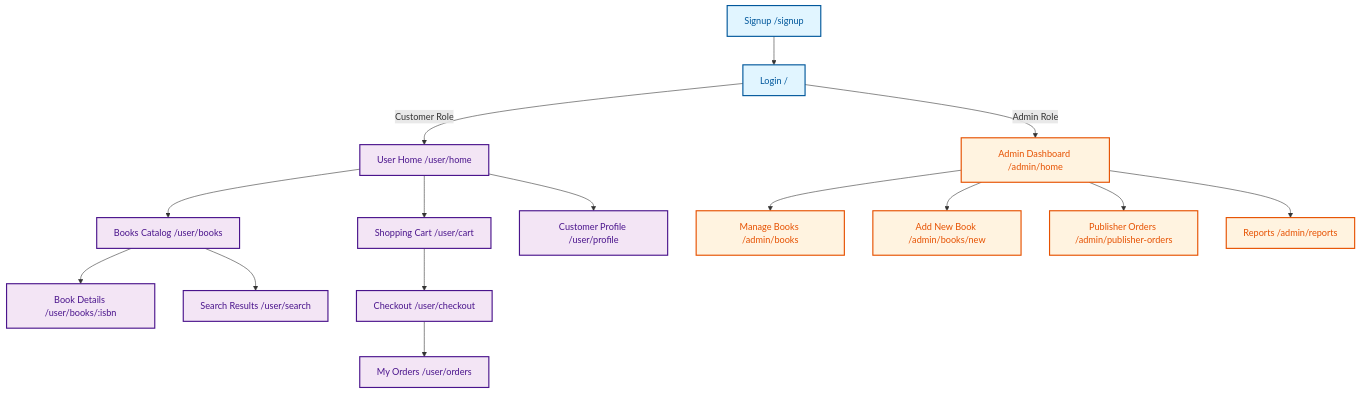
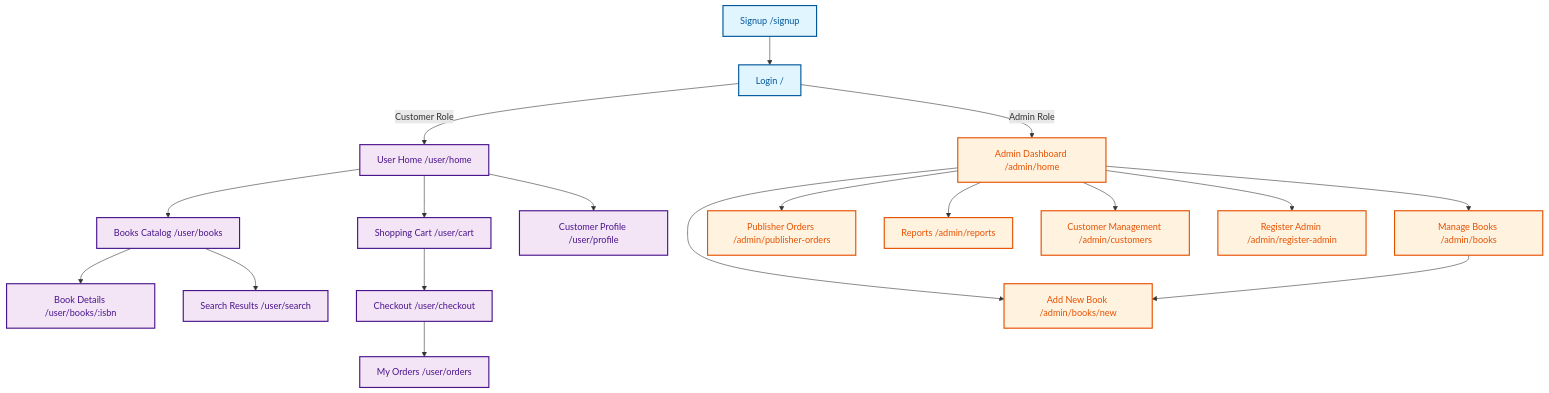
One commit to AhmWael/Order_Processing_System changed the diagram in docs/UI_Screen_Logic_Description.md. Above: the diagram before and after it, drawn with Mermaid. The commit also changed other lines of this file and 2 other files, not shown here.

Commit message:
docs: Update ER diagram and Screen Logic Description

````diff
--- a/docs/UI_Screen_Logic_Description.md
+++ b/docs/UI_Screen_Logic_Description.md
@@ -738,51 +969,56 @@
 ```mermaid
 graph TD
     Login[Login /]
     Signup[Signup /signup]
     
     %% Customer Flow
     UserHome[User Home /user/home]
     Books[Books Catalog /user/books]
     BookDetails[Book Details /user/books/:isbn]
     SearchResults[Search Results /user/search]
     Cart[Shopping Cart /user/cart]
     Checkout[Checkout /user/checkout]
     Orders[My Orders /user/orders]
     Profile[Customer Profile /user/profile]
     
     %% Admin Flow
     AdminHome[Admin Dashboard /admin/home]
     ManageBooks[Manage Books /admin/books]
     AddBook[Add New Book /admin/books/new]
     PublisherOrders[Publisher Orders /admin/publisher-orders]
     Reports[Reports /admin/reports]
+    Customers[Customer Management /admin/customers]
+    RegisterAdmin[Register Admin /admin/register-admin]
     
     %% Authentication Flow
     Signup --> Login
     Login -->|Customer Role| UserHome
     Login -->|Admin Role| AdminHome
     
     %% Customer Navigation
     UserHome --> Books
     UserHome --> Cart
     UserHome --> Profile
     Books --> BookDetails
     Books --> SearchResults
     Cart --> Checkout
     Checkout --> Orders
     
     %% Admin Navigation
     AdminHome --> ManageBooks
     AdminHome --> AddBook
     AdminHome --> PublisherOrders
     AdminHome --> Reports
+    AdminHome --> Customers
+    AdminHome --> RegisterAdmin
+    ManageBooks --> AddBook
     
     %% Styling
     classDef authClass fill:#e1f5ff,stroke:#01579b,stroke-width:2px,color:#01579b
     classDef customerClass fill:#f3e5f5,stroke:#4a148c,stroke-width:2px,color:#4a148c
     classDef adminClass fill:#fff3e0,stroke:#e65100,stroke-width:2px,color:#e65100
     
     class Login,Signup authClass
     class UserHome,Books,BookDetails,SearchResults,Cart,Checkout,Orders,Profile customerClass
-    class AdminHome,ManageBooks,AddBook,PublisherOrders,Reports adminClass
+    class AdminHome,ManageBooks,AddBook,PublisherOrders,Reports,Customers,RegisterAdmin adminClass
 ```
````
